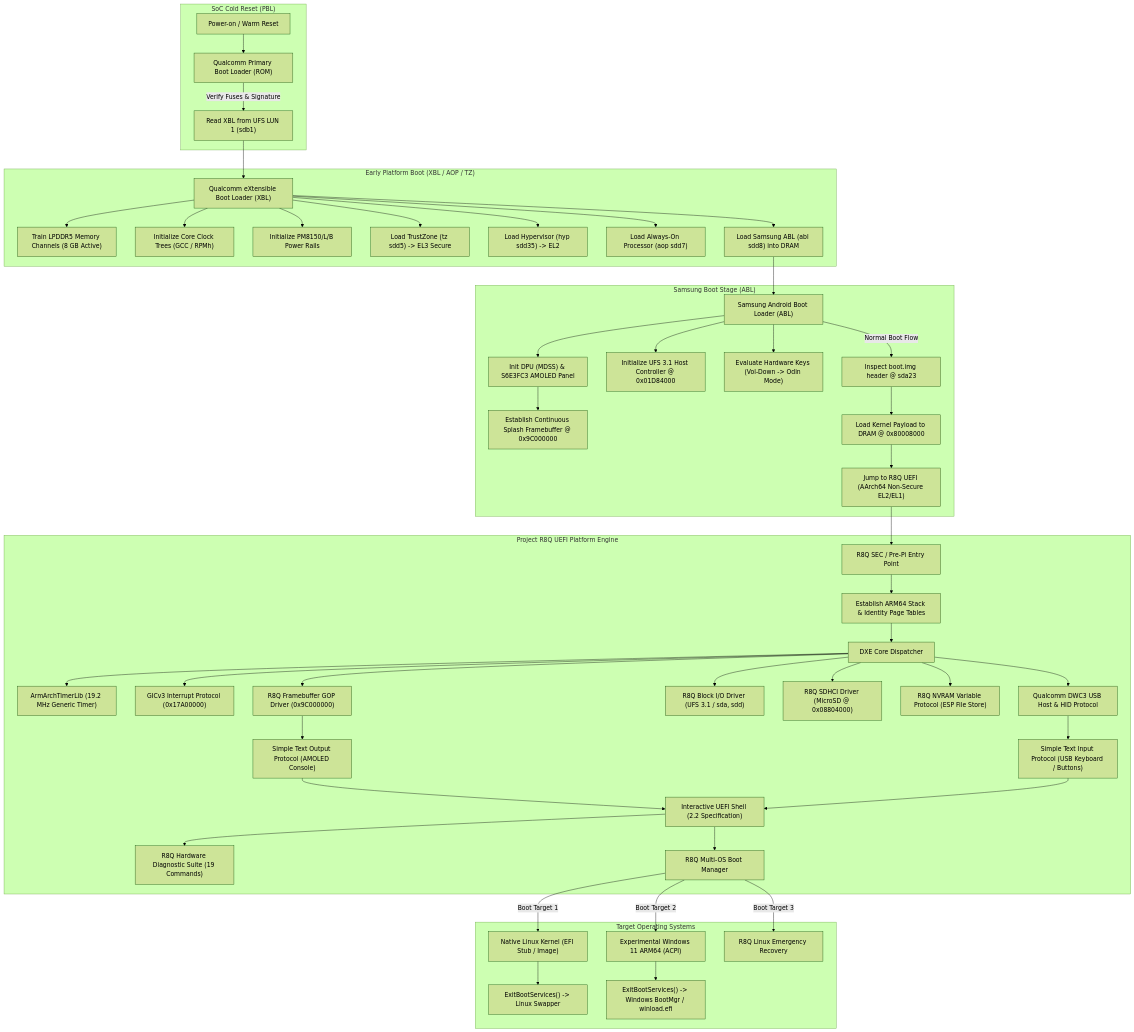
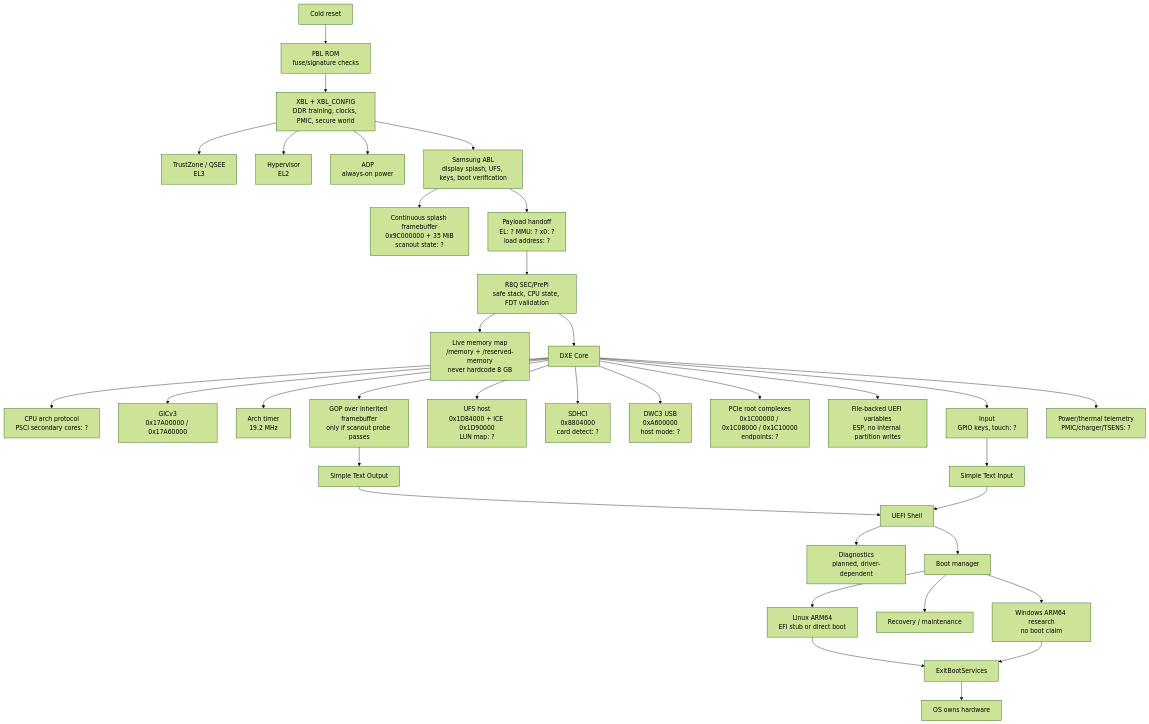
The diagram in docs/HARDWARE_DEPENDENCY_GRAPH.md (Rick000000007/r8q-uefi), drawn with Mermaid (forest theme) before and after one commit. The commit also changed other lines of this file and 37 other files, not shown here.

Commit message:
feat(m2): complete Milestone 2 EDK II baseline, PrePi entry wrapper, and platform build

````diff
--- a/docs/HARDWARE_DEPENDENCY_GRAPH.md
+++ b/docs/HARDWARE_DEPENDENCY_GRAPH.md
@@ -13,60 +24,37 @@
 ```mermaid
 flowchart TD
-    subgraph SoC_Reset ["SoC Cold Reset (PBL)"]
-        ColdBoot["Power-on / Warm Reset"] --> PBL["Qualcomm Primary Boot Loader (ROM)"]
-        PBL -->|Verify Fuses & Signature| LoadXBL["Read XBL from UFS LUN 1 (sdb1)"]
-    end
-
-    subgraph Early_Boot ["Early Platform Boot (XBL / AOP / TZ)"]
-        LoadXBL --> XBL["Qualcomm eXtensible Boot Loader (XBL)"]
-        XBL --> TrainDDR["Train LPDDR5 Memory Channels (8 GB Active)"]
-        XBL --> InitClocks["Initialize Core Clock Trees (GCC / RPMh)"]
-        XBL --> InitPMIC["Initialize PM8150/L/B Power Rails"]
-        XBL --> LoadTZ["Load TrustZone (tz sdd5) -> EL3 Secure"]
-        XBL --> LoadHYP["Load Hypervisor (hyp sdd35) -> EL2"]
-        XBL --> LoadAOP["Load Always-On Processor (aop sdd7)"]
-        XBL --> LoadABL["Load Samsung ABL (abl sdd8) into DRAM"]
-    end
-
-    subgraph Samsung_Stage ["Samsung Boot Stage (ABL)"]
-        LoadABL --> ABL["Samsung Android Boot Loader (ABL)"]
-        ABL --> InitDisplay["Init DPU (MDSS) & S6E3FC3 AMOLED Panel"]
-        InitDisplay --> SetupSplash["Establish Continuous Splash Framebuffer @ 0x9C000000"]
-        ABL --> InitUFS["Initialize UFS 3.1 Host Controller @ 0x01D84000"]
-        ABL --> CheckKeys["Evaluate Hardware Keys (Vol-Down -> Odin Mode)"]
-        ABL -->|Normal Boot Flow| VerifyBoot["Inspect boot.img header @ sda23"]
-        VerifyBoot --> LoadPayload["Load Kernel Payload to DRAM @ 0x80008000"]
-        LoadPayload --> HandoffUEFI["Jump to R8Q UEFI (AArch64 Non-Secure EL2/EL1)"]
-    end
-
-    subgraph R8Q_UEFI_Stage ["Project R8Q UEFI Platform Engine"]
-        HandoffUEFI --> R8Q_SEC["R8Q SEC / Pre-Pi Entry Point"]
-        R8Q_SEC --> SetupStack["Establish ARM64 Stack & Identity Page Tables"]
-        SetupStack --> R8Q_DXE["DXE Core Dispatcher"]
-        
-        R8Q_DXE --> ArchTimer["ArmArchTimerLib (19.2 MHz Generic Timer)"]
-        R8Q_DXE --> GICDriver["GICv3 Interrupt Protocol (0x17A00000)"]
-        R8Q_DXE --> GOPDriver["R8Q Framebuffer GOP Driver (0x9C000000)"]
-        R8Q_DXE --> UFSDriver["R8Q Block I/O Driver (UFS 3.1 / sda, sdd)"]
-        R8Q_DXE --> SDDriver["R8Q SDHCI Driver (MicroSD @ 0x08804000)"]
-        R8Q_DXE --> VariableService["R8Q NVRAM Variable Protocol (ESP File Store)"]
-        R8Q_DXE --> USBDriver["Qualcomm DWC3 USB Host & HID Protocol"]
-        
-        GOPDriver --> ConOut["Simple Text Output Protocol (AMOLED Console)"]
-        USBDriver --> ConIn["Simple Text Input Protocol (USB Keyboard / Buttons)"]
-        
-        ConOut --> R8Q_Shell["Interactive UEFI Shell (2.2 Specification)"]
-        ConIn --> R8Q_Shell
-        R8Q_Shell --> R8Q_Diag["R8Q Hardware Diagnostic Suite (19 Commands)"]
-        R8Q_Shell --> MultiBoot["R8Q Multi-OS Boot Manager"]
-    end
-
-    subgraph OS_Targets ["Target Operating Systems"]
-        MultiBoot -->|Boot Target 1| LinuxBoot["Native Linux Kernel (EFI Stub / Image)"]
-        MultiBoot -->|Boot Target 2| WinBoot["Experimental Windows 11 ARM64 (ACPI)"]
-        MultiBoot -->|Boot Target 3| RecoveryBoot["R8Q Linux Emergency Recovery"]
-        
-        LinuxBoot --> ExitBootServices1["ExitBootServices() -> Linux Swapper"]
-        WinBoot --> ExitBootServices2["ExitBootServices() -> Windows BootMgr / winload.efi"]
-    end
+    RESET["Cold reset"] --> PBL["PBL ROM<br/>fuse/signature checks"]
+    PBL --> XBL["XBL + XBL_CONFIG<br/>DDR training, clocks, PMIC, secure world"]
+    XBL --> TZ["TrustZone / QSEE<br/>EL3"]
+    XBL --> HYP["Hypervisor<br/>EL2"]
+    XBL --> AOP["AOP<br/>always-on power"]
+    XBL --> ABL["Samsung ABL<br/>display splash, UFS, keys, boot verification"]
+    ABL --> SPLASH["Continuous splash framebuffer<br/>0x9C000000 + 35 MiB<br/>scanout state: ?"]
+    ABL --> HANDOFF["Payload handoff<br/>EL: ? MMU: ? x0: ?<br/>load address: ?"]
+    HANDOFF --> SEC["R8Q SEC/PrePi<br/>safe stack, CPU state, FDT validation"]
+    SEC --> MEMMAP["Live memory map<br/>/memory + /reserved-memory<br/>never hardcode 8 GB"]
+    SEC --> DXE["DXE Core"]
+    DXE --> CPU["CPU arch protocol<br/>PSCI secondary cores: ?"]
+    DXE --> GIC["GICv3<br/>0x17A00000 / 0x17A60000"]
+    DXE --> TIMER["Arch timer<br/>19.2 MHz"]
+    DXE --> GOP["GOP over inherited framebuffer<br/>only if scanout probe passes"]
+    DXE --> UFS["UFS host<br/>0x1D84000 + ICE 0x1D90000<br/>LUN map: ?"]
+    DXE --> SD["SDHCI<br/>0x8804000<br/>card detect: ?"]
+    DXE --> USB["DWC3 USB<br/>0xA600000<br/>host mode: ?"]
+    DXE --> PCIE["PCIe root complexes<br/>0x1C00000 / 0x1C08000 / 0x1C10000<br/>endpoints: ?"]
+    DXE --> VAR["File-backed UEFI variables<br/>ESP, no internal partition writes"]
+    DXE --> INPUT["Input<br/>GPIO keys, touch: ?"]
+    DXE --> POWER["Power/thermal telemetry<br/>PMIC/charger/TSENS: ?"]
+    GOP --> CONOUT["Simple Text Output"]
+    INPUT --> CONIN["Simple Text Input"]
+    CONOUT --> SHELL["UEFI Shell"]
+    CONIN --> SHELL
+    SHELL --> DIAG["Diagnostics<br/>planned, driver-dependent"]
+    SHELL --> BOOT["Boot manager"]
+    BOOT --> LINUX["Linux ARM64<br/>EFI stub or direct boot"]
+    BOOT --> REC["Recovery / maintenance"]
+    BOOT --> WIN["Windows ARM64 research<br/>no boot claim"]
+    LINUX --> EBS["ExitBootServices"]
+    WIN --> EBS
+    EBS --> OS["OS owns hardware"]
 ```
````
